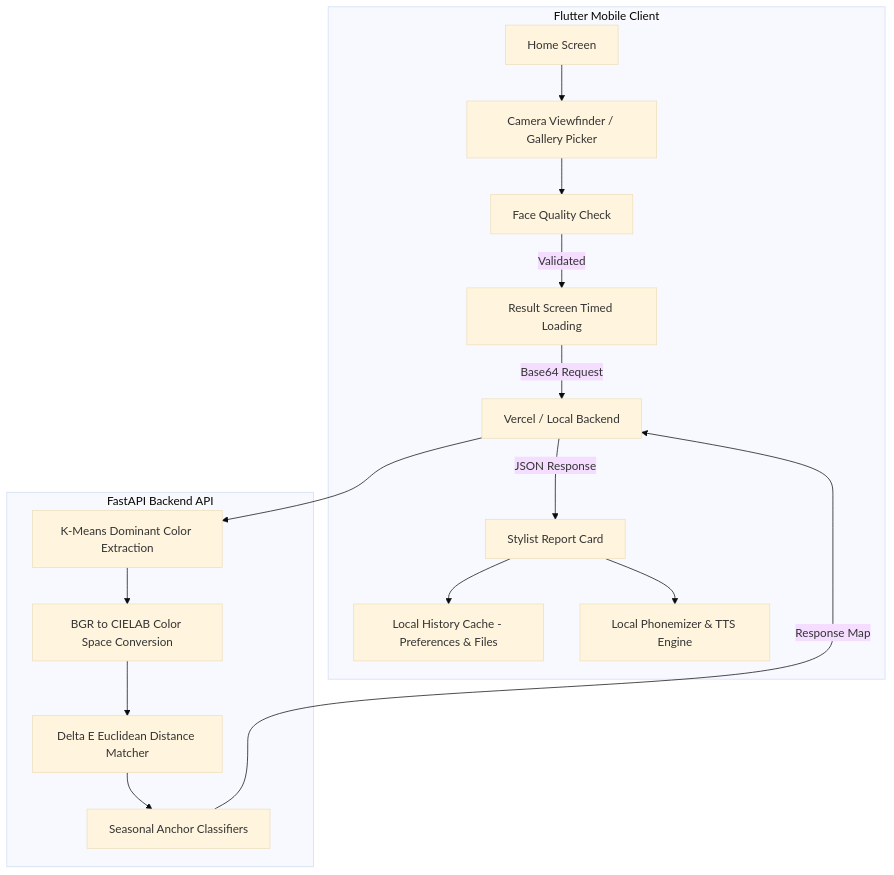
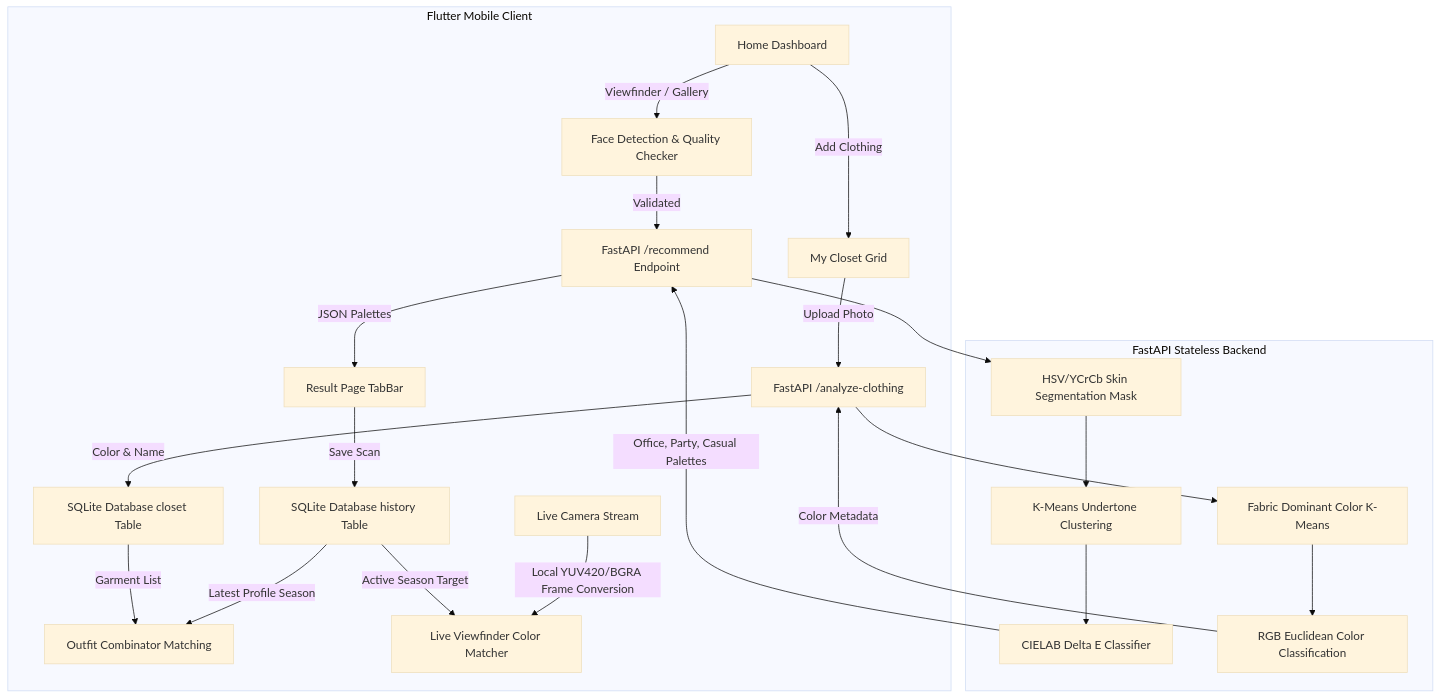
The diagram in README.md (Ganesh1110/StyleTone-AI), drawn with Mermaid (base theme) before and after one commit. The commit also changed other lines of this file and 1 other file, not shown here.

````diff
--- a/README.md
+++ b/README.md
@@ -68,22 +86,35 @@
 ```mermaid
 flowchart TD
     %% Client App
     subgraph Client [Flutter Mobile Client]
-        A[Home Screen] --> B[Camera Viewfinder / Gallery Picker]
-        B --> C[Face Quality Check]
-        C -- Validated --> D[Result Screen Timed Loading]
-        D -->|Base64 Request| E[Vercel / Local Backend]
-        E -->|JSON Response| F[Stylist Report Card]
-        F --> G[Local History Cache - Preferences & Files]
-        F --> H[Local Phonemizer & TTS Engine]
+        A[Home Dashboard] -->|Viewfinder / Gallery| B[Face Detection & Quality Checker]
+        B -- Validated --> C[FastAPI /recommend Endpoint]
+        C -->|JSON Palettes| D[Result Page TabBar]
+
+        %% Closet Subsystem
+        A -->|Add Clothing| E[My Closet Grid]
+        E -->|Upload Photo| F[FastAPI /analyze-clothing]
+        F -->|Color & Name| G[SQLite Database closet Table]
+
+        %% Matcher Subsystems
+        G -->|Garment List| H[Outfit Combinator Matching]
+        D -->|Save Scan| I[SQLite Database history Table]
+        I -->|Latest Profile Season| H
+        I -->|Active Season Target| J[Live Viewfinder Color Matcher]
+
+        %% Stream Loop
+        K[Live Camera Stream] -->|Local YUV420/BGRA Frame Conversion| J
     end
 
     %% Backend Server
-    subgraph Backend [FastAPI Backend API]
-        E --> I[K-Means Dominant Color Extraction]
-        I --> J[BGR to CIELAB Color Space Conversion]
-        J --> K[Delta E Euclidean Distance Matcher]
-        K --> L[Seasonal Anchor Classifiers]
-        L -->|Response Map| E
+    subgraph Backend [FastAPI Stateless Backend]
+        C --> L[HSV/YCrCb Skin Segmentation Mask]
+        L --> M[K-Means Undertone Clustering]
+        M --> N[CIELAB Delta E Classifier]
+        N -->|Office, Party, Casual Palettes| C
+
+        F --> O[Fabric Dominant Color K-Means]
+        O --> P[RGB Euclidean Color Classification]
+        P -->|Color Metadata| F
     end
 ```
````
